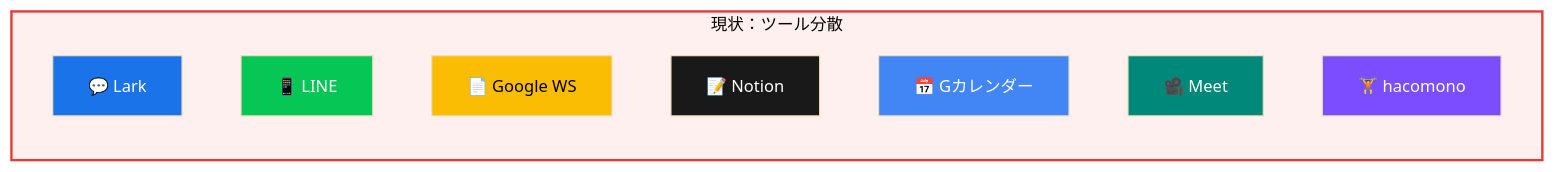
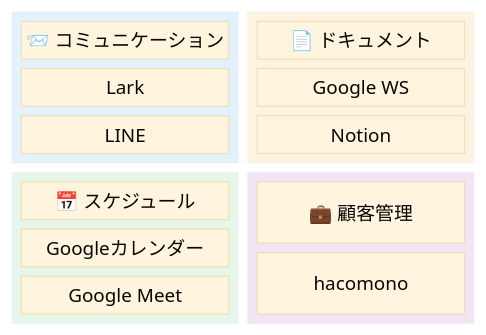
Before and after one commit to PLark-droid/lark-proposal: the first of 15 diagrams in docs/FITPLACE_LARK_PROPOSAL.md, drawn with Mermaid. The commit also changed other lines of this file, not shown here.

First line of the commit message:
docs: redesign Mermaid diagrams for A4 portrait layout

````diff
--- a/docs/FITPLACE_LARK_PROPOSAL.md
+++ b/docs/FITPLACE_LARK_PROPOSAL.md
@@ -31,23 +37,37 @@
 ```mermaid
-%%{init: {'theme': 'base', 'themeVariables': { 'fontSize': '14px'}}}%%
-flowchart LR
-    subgraph NOW["現状：ツール分散"]
-        direction TB
-        A["💬 Lark"]
-        B["📱 LINE"]
-        C["📄 Google WS"]
-        D["📝 Notion"]
-        E["📅 Gカレンダー"]
-        F["🎥 Meet"]
-        G["🏋️ hacomono"]
+%%{init: {'theme': 'base', 'themeVariables': {'fontSize': '16px', 'fontFamily': 'arial'}}}%%
+block-beta
+    columns 2
+
+    block:comm:1
+        columns 1
+        comm_title["📨 コミュニケーション"]
+        Lark["Lark"]
+        LINE["LINE"]
     end
 
-    style NOW fill:#fff0f0,stroke:#e53935,stroke-width:2px
-    style A fill:#1a73e8,color:#fff
-    style B fill:#06c755,color:#fff
-    style C fill:#fbbc04,color:#000
-    style D fill:#191919,color:#fff
-    style E fill:#4285f4,color:#fff
-    style F fill:#00897b,color:#fff
-    style G fill:#7c4dff,color:#fff
+    block:docs:1
+        columns 1
+        docs_title["📄 ドキュメント"]
+        GWS["Google WS"]
+        Notion["Notion"]
+    end
+
+    block:schedule:1
+        columns 1
+        schedule_title["📅 スケジュール"]
+        GCal["Googleカレンダー"]
+        Meet["Google Meet"]
+    end
+
+    block:crm:1
+        columns 1
+        crm_title["💼 顧客管理"]
+        hacomono["hacomono"]
+    end
+
+    style comm fill:#e3f2fd
+    style docs fill:#fff3e0
+    style schedule fill:#e8f5e9
+    style crm fill:#f3e5f5
 ```
````
